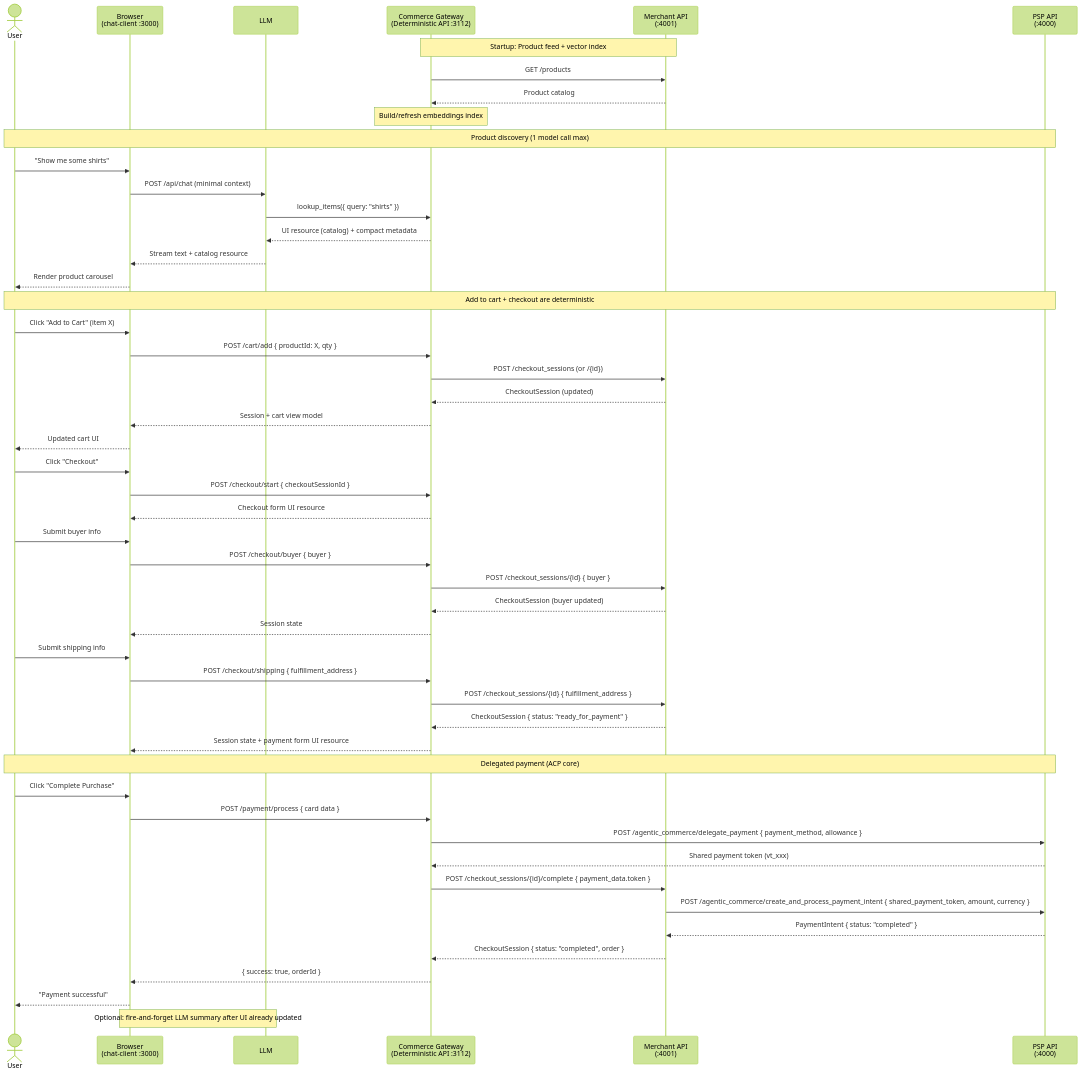
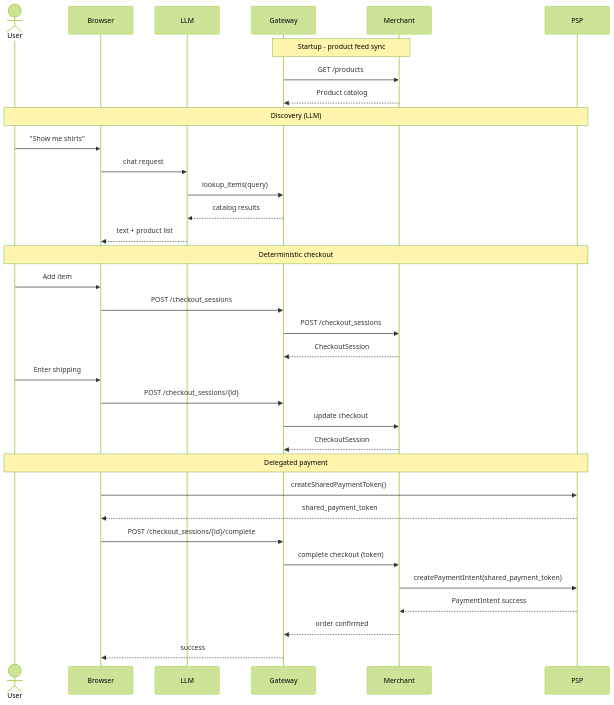
Before and after one commit to zhuohanl/agentic-commerce-protocol-demo: the diagram in understanding/acp-workflow-improved.md, drawn with Mermaid (forest theme). The commit also changed 4 other files, not shown here.

````diff
--- a/understanding/acp-workflow-improved.md
+++ b/understanding/acp-workflow-improved.md
@@ -2,68 +1,48 @@
 ```mermaid
 sequenceDiagram
     actor User
-    participant Browser as Browser<br/>(chat-client :3000)
-    participant LLM as LLM
-    participant Gateway as Commerce Gateway<br/>(Deterministic API :3112)
-    participant Merchant as Merchant API<br/>(:4001)
-    participant PSP as PSP API<br/>(:4000)
+    participant Browser
+    participant LLM
+    participant Gateway
+    participant Merchant
+    participant PSP
 
-    %% ── Startup ─────────────────────────────────────────────────────
-    Note over Gateway,Merchant: Startup: Product feed + vector index
+    Note over Gateway,Merchant: Startup - product feed sync
+
     Gateway->>Merchant: GET /products
     Merchant-->>Gateway: Product catalog
-    Note over Gateway: Build/refresh embeddings index
 
-    %% ── Discovery (only LLM-dependent path) ────────────────────────
-    Note over User,PSP: Product discovery (1 model call max)
-    User->>Browser: "Show me some shirts"
-    Browser->>LLM: POST /api/chat (minimal context)
-    LLM->>Gateway: lookup_items({ query: "shirts" })
-    Gateway-->>LLM: UI resource (catalog) + compact metadata
-    LLM-->>Browser: Stream text + catalog resource
-    Browser-->>User: Render product carousel
+    Note over User,PSP: Discovery (LLM)
 
-    %% ── Deterministic Shopping (no LLM) ────────────────────────────
-    Note over User,PSP: Add to cart + checkout are deterministic
-    User->>Browser: Click "Add to Cart" (item X)
-    Browser->>Gateway: POST /cart/add { productId: X, qty }
-    Gateway->>Merchant: POST /checkout_sessions (or /{id})
-    Merchant-->>Gateway: CheckoutSession (updated)
-    Gateway-->>Browser: Session + cart view model
-    Browser-->>User: Updated cart UI
+    User->>Browser: "Show me shirts"
+    Browser->>LLM: chat request
+    LLM->>Gateway: lookup_items(query)
+    Gateway-->>LLM: catalog results
+    LLM-->>Browser: text + product list
 
-    User->>Browser: Click "Checkout"
-    Browser->>Gateway: POST /checkout/start { checkoutSessionId }
-    Gateway-->>Browser: Checkout form UI resource
+    Note over User,PSP: Deterministic checkout
 
-    User->>Browser: Submit buyer info
-    Browser->>Gateway: POST /checkout/buyer { buyer }
-    Gateway->>Merchant: POST /checkout_sessions/{id} { buyer }
-    Merchant-->>Gateway: CheckoutSession (buyer updated)
-    Gateway-->>Browser: Session state
+    User->>Browser: Add item
+    Browser->>Gateway: POST /checkout_sessions
+    Gateway->>Merchant: POST /checkout_sessions
+    Merchant-->>Gateway: CheckoutSession
 
-    User->>Browser: Submit shipping info
-    Browser->>Gateway: POST /checkout/shipping { fulfillment_address }
-    Gateway->>Merchant: POST /checkout_sessions/{id} { fulfillment_address }
-    Merchant-->>Gateway: CheckoutSession { status: "ready_for_payment" }
-    Gateway-->>Browser: Session state + payment form UI resource
+    User->>Browser: Enter shipping
+    Browser->>Gateway: POST /checkout_sessions/{id}
+    Gateway->>Merchant: update checkout
+    Merchant-->>Gateway: CheckoutSession
 
-    %% ── Deterministic ACP Payment (no LLM) ─────────────────────────
-    Note over User,PSP: Delegated payment (ACP core)
-    User->>Browser: Click "Complete Purchase"
-    Browser->>Gateway: POST /payment/process { card data }
+    Note over User,PSP: Delegated payment
 
-    Gateway->>PSP: POST /agentic_commerce/delegate_payment { payment_method, allowance }
-    PSP-->>Gateway: Shared payment token (vt_xxx)
+    Browser->>PSP: createSharedPaymentToken()
+    PSP-->>Browser: shared_payment_token
 
-    Gateway->>Merchant: POST /checkout_sessions/{id}/complete { payment_data.token }
-    Merchant->>PSP: POST /agentic_commerce/create_and_process_payment_intent { shared_payment_token, amount, currency }
-    PSP-->>Merchant: PaymentIntent { status: "completed" }
-    Merchant-->>Gateway: CheckoutSession { status: "completed", order }
-    Gateway-->>Browser: { success: true, orderId }
-    Browser-->>User: "Payment successful"
+    Browser->>Gateway: POST /checkout_sessions/{id}/complete
+    Gateway->>Merchant: complete checkout (token)
 
-    %% Optional narration can be async/non-blocking
-    Note over Browser,LLM: Optional: fire-and-forget LLM summary after UI already updated
+    Merchant->>PSP: createPaymentIntent(shared_payment_token)
+    PSP-->>Merchant: PaymentIntent success
 
+    Merchant-->>Gateway: order confirmed
+    Gateway-->>Browser: success
 ```
````
